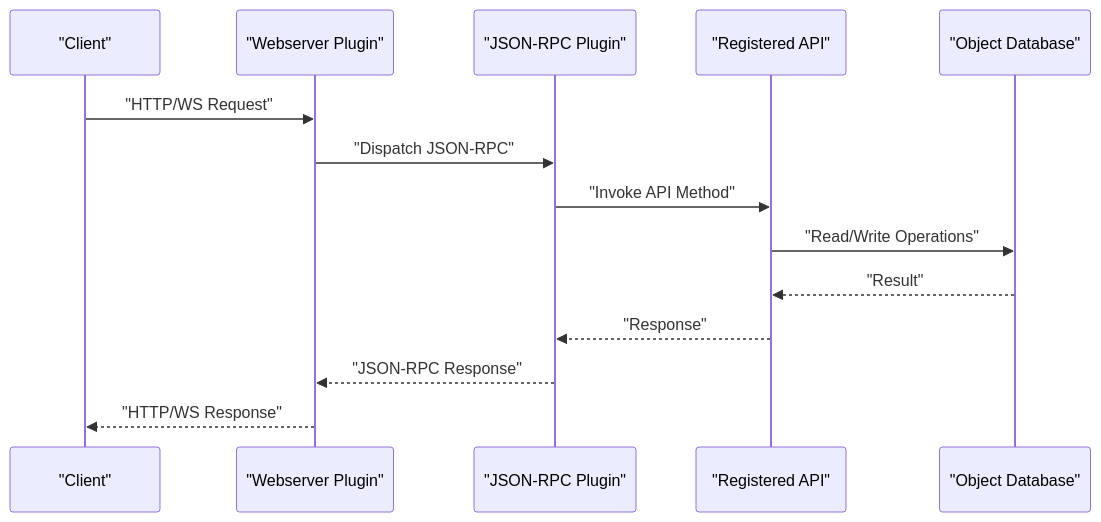
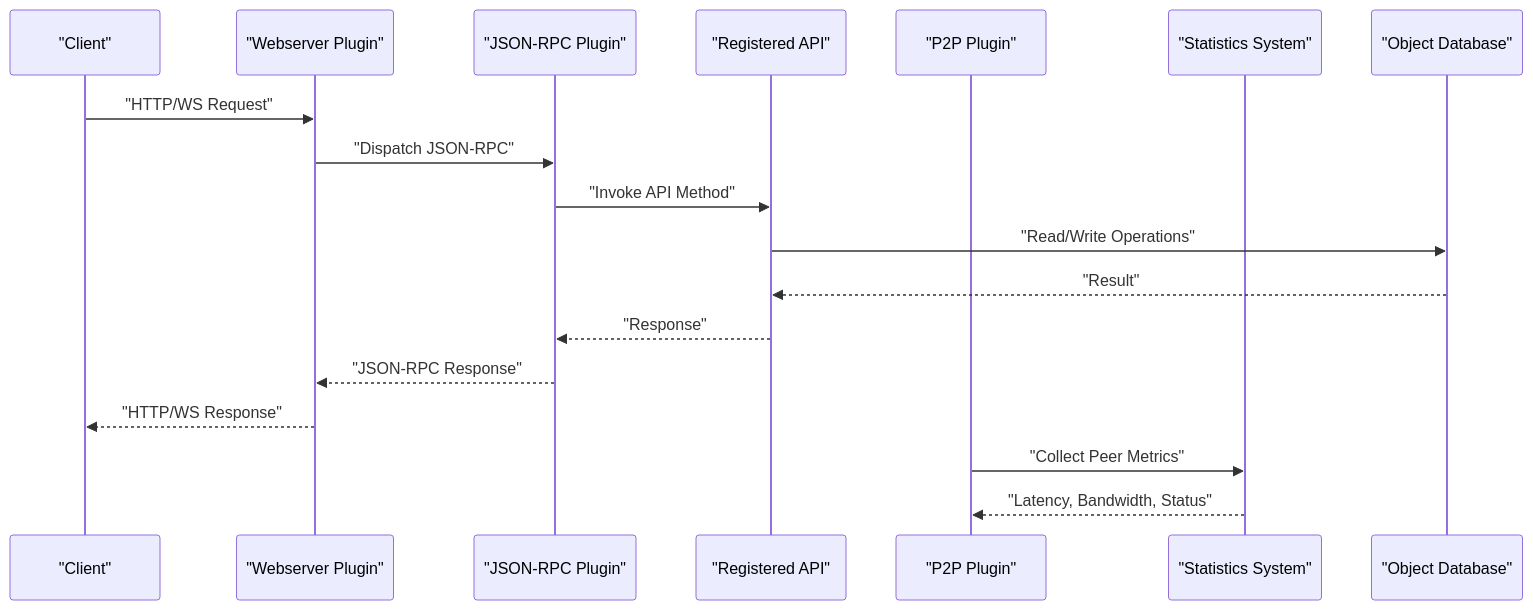
One commit to VIZ-Blockchain/viz-cpp-node changed the second of 3 diagrams in .qoder/repowiki/en/content/Deployment and Operations/Monitoring and Maintenance.md. Above: the diagram before and after it, drawn with Mermaid. The commit also changed other lines of this file and 3 other files, not shown here.

First line of the commit message:
docs(network): add detailed peer statistics and metrics system documentation

````diff
--- a/.qoder/repowiki/en/content/Deployment and Operations/Monitoring and Maintenance.md
+++ b/.qoder/repowiki/en/content/Deployment and Operations/Monitoring and Maintenance.md
@@ -100,16 +123,20 @@
 ```mermaid
 sequenceDiagram
 participant Client as "Client"
 participant WS as "Webserver Plugin"
 participant JR as "JSON-RPC Plugin"
 participant API as "Registered API"
+participant P2P as "P2P Plugin"
+participant STATS as "Statistics System"
 participant DB as "Object Database"
 Client->>WS : "HTTP/WS Request"
 WS->>JR : "Dispatch JSON-RPC"
 JR->>API : "Invoke API Method"
 API->>DB : "Read/Write Operations"
 DB-->>API : "Result"
 API-->>JR : "Response"
 JR-->>WS : "JSON-RPC Response"
 WS-->>Client : "HTTP/WS Response"
+P2P->>STATS : "Collect Peer Metrics"
+STATS-->>P2P : "Latency, Bandwidth, Status"
 ```
````
